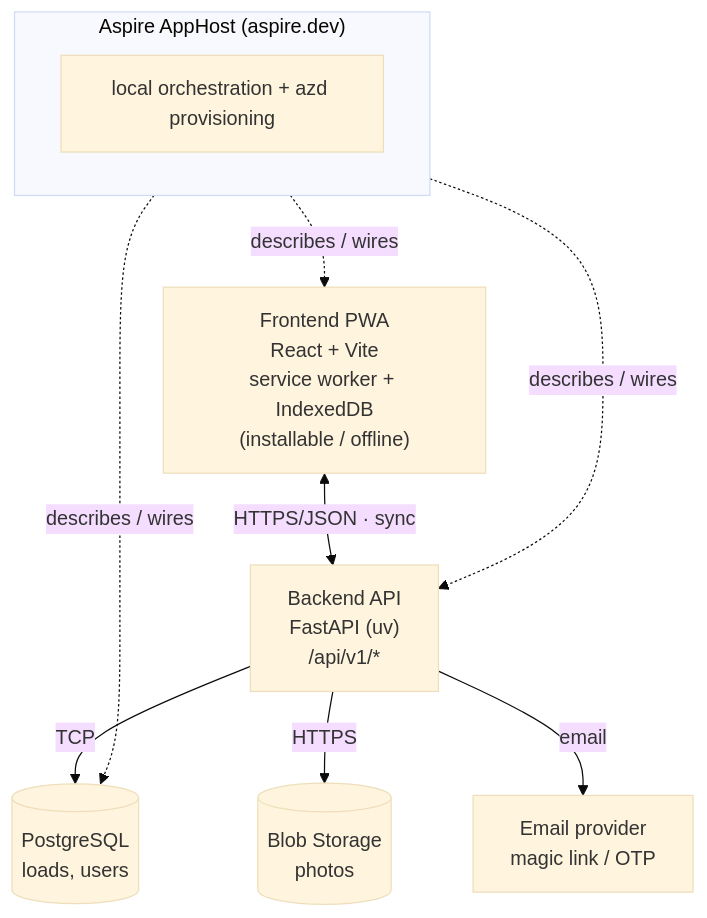
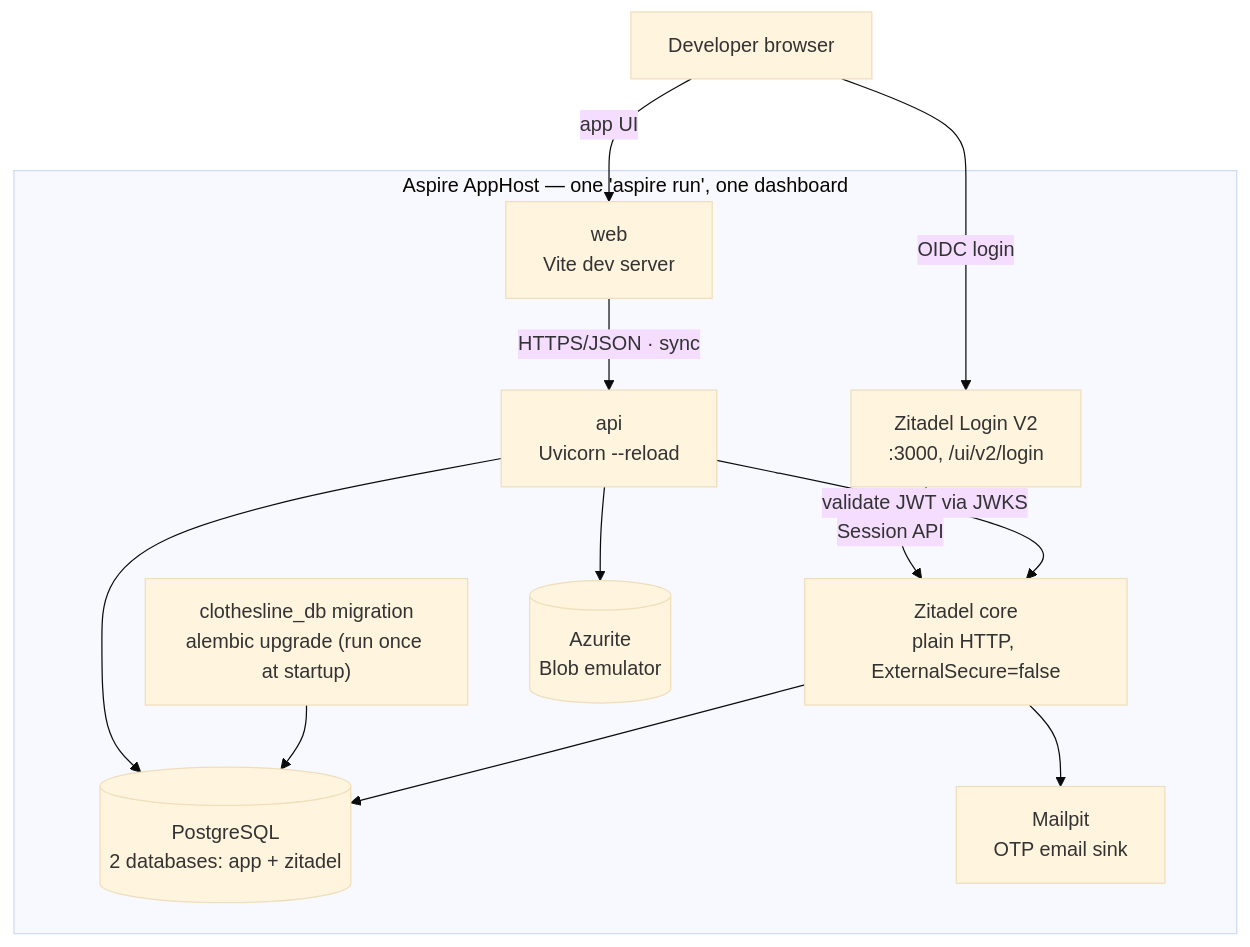
Before and after one commit to quennethks/clothesline: the first of 3 diagrams in specs/01-mvp/technical-implementation-spec.md, drawn with Mermaid (base theme). The commit also changed other lines of this file and 2 other files, not shown here.

First line of the commit message:
Revise MVP spec/plan for Zitadel identity, clothesline_db, two ACA envs

````diff
--- a/specs/01-mvp/technical-implementation-spec.md
+++ b/specs/01-mvp/technical-implementation-spec.md
@@ -37,21 +44,26 @@
 ```mermaid
 flowchart TB
-    subgraph host["Aspire AppHost (aspire.dev)"]
-        hostnote["local orchestration + azd provisioning"]
+    dev["Developer browser"]
+
+    subgraph host["Aspire AppHost — one 'aspire run', one dashboard"]
+        web["web<br/>Vite dev server"]
+        api["api<br/>Uvicorn --reload"]
+        mig["clothesline_db migration<br/>alembic upgrade (run once at startup)"]
+        zitadel["Zitadel core<br/>plain HTTP, ExternalSecure=false"]
+        loginv2["Zitadel Login V2<br/>:3000, /ui/v2/login"]
+        pg[("PostgreSQL<br/>2 databases: app + zitadel")]
+        azurite[("Azurite<br/>Blob emulator")]
+        mailpit["Mailpit<br/>OTP email sink"]
     end
 
-    web["Frontend PWA<br/>React + Vite<br/>service worker + IndexedDB<br/>(installable / offline)"]
-    api["Backend API<br/>FastAPI (uv)<br/>/api/v1/*"]
-    db[("PostgreSQL<br/>loads, users")]
-    blob[("Blob Storage<br/>photos")]
-    email["Email provider<br/>magic link / OTP"]
-
-    host -. describes / wires .-> web
-    host -. describes / wires .-> api
-    host -. describes / wires .-> db
-
-    web <-->|"HTTPS/JSON · sync"| api
-    api -->|TCP| db
-    api -->|HTTPS| blob
-    api -->|email| email
+    dev -->|app UI| web
+    dev -->|OIDC login| loginv2
+    loginv2 -->|Session API| zitadel
+    web -->|HTTPS/JSON · sync| api
+    api -->|validate JWT via JWKS| zitadel
+    api --> pg
+    api --> azurite
+    mig --> pg
+    zitadel --> pg
+    zitadel --> mailpit
 ```
````
